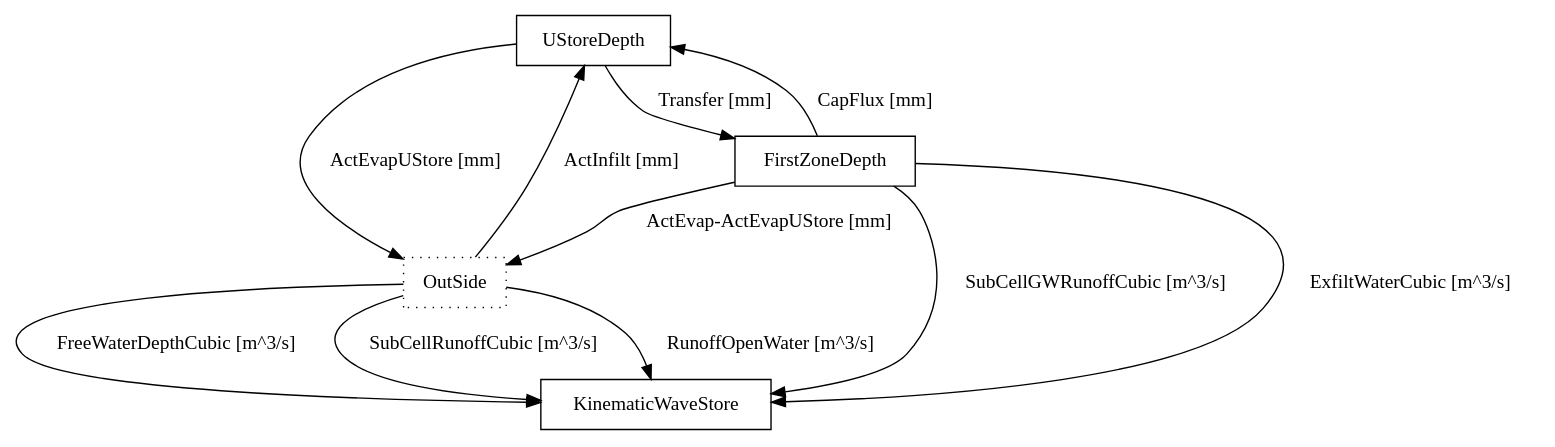
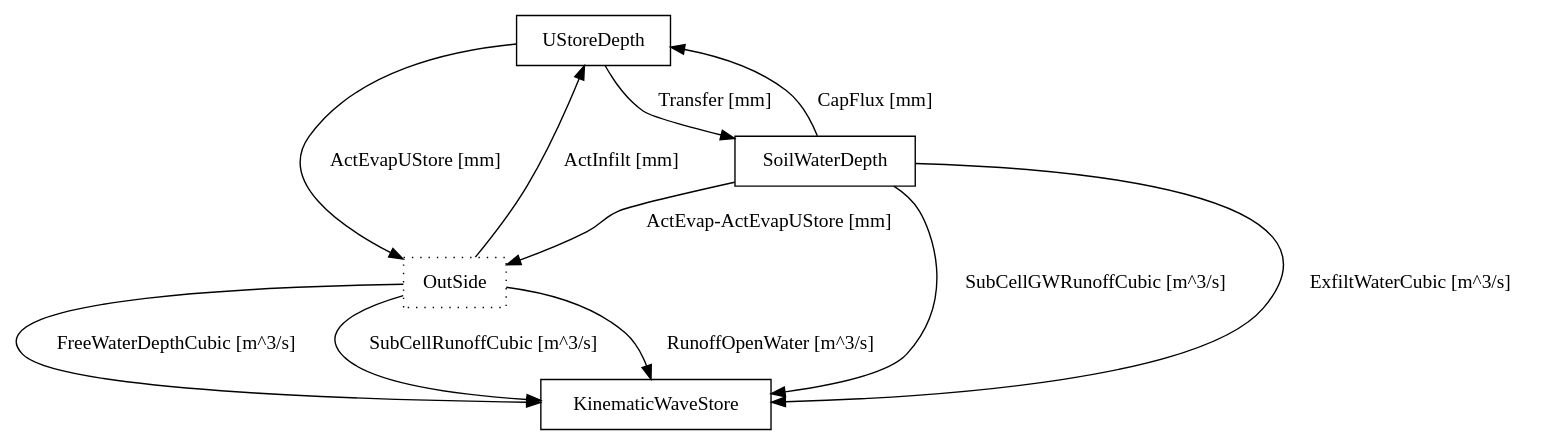
Before and after one commit to openstreams/wflow: the second of 3 diagrams in doc/wflow_sbm.rst, drawn with Graphviz. The commit also changed other lines of this file and 1 other file, not shown here.

```diff
--- a/doc/wflow_sbm.rst
+++ b/doc/wflow_sbm.rst
@@ -952,17 +954,17 @@
 .. digraph:: grids
  
     compound=true;
     node[shape=record];
     UStoreDepth [shape=box];
     OutSide [style=dotted];
-    FirstZoneDepth [shape=box];
-    UStoreDepth -> FirstZoneDepth [label="Transfer [mm]"];
-    FirstZoneDepth -> UStoreDepth [label="CapFlux [mm]"];        
-    FirstZoneDepth ->KinematicWaveStore [label="ExfiltWaterCubic [m^3/s]"];
+    SoilWaterDepth [shape=box];
+    UStoreDepth -> SoilWaterDepth [label="Transfer [mm]"];
+    SoilWaterDepth -> UStoreDepth [label="CapFlux [mm]"];        
+    SoilWaterDepth ->KinematicWaveStore [label="ExfiltWaterCubic [m^3/s]"];
     "OutSide" -> UStoreDepth [label="ActInfilt [mm]"];
     UStoreDepth -> OutSide [label="ActEvapUStore [mm]"];
-    FirstZoneDepth -> OutSide [label="ActEvap-ActEvapUStore [mm]"];
-    FirstZoneDepth -> KinematicWaveStore [label="SubCellGWRunoffCubic [m^3/s]"];
+    SoilWaterDepth -> OutSide [label="ActEvap-ActEvapUStore [mm]"];
+    SoilWaterDepth -> KinematicWaveStore [label="SubCellGWRunoffCubic [m^3/s]"];
     "OutSide" -> KinematicWaveStore [label="SubCellRunoffCubic [m^3/s]"];
     "OutSide" -> KinematicWaveStore [label="RunoffOpenWater [m^3/s]"] ;
     "OutSide" -> KinematicWaveStore [label="FreeWaterDepthCubic [m^3/s]"] ;
```
